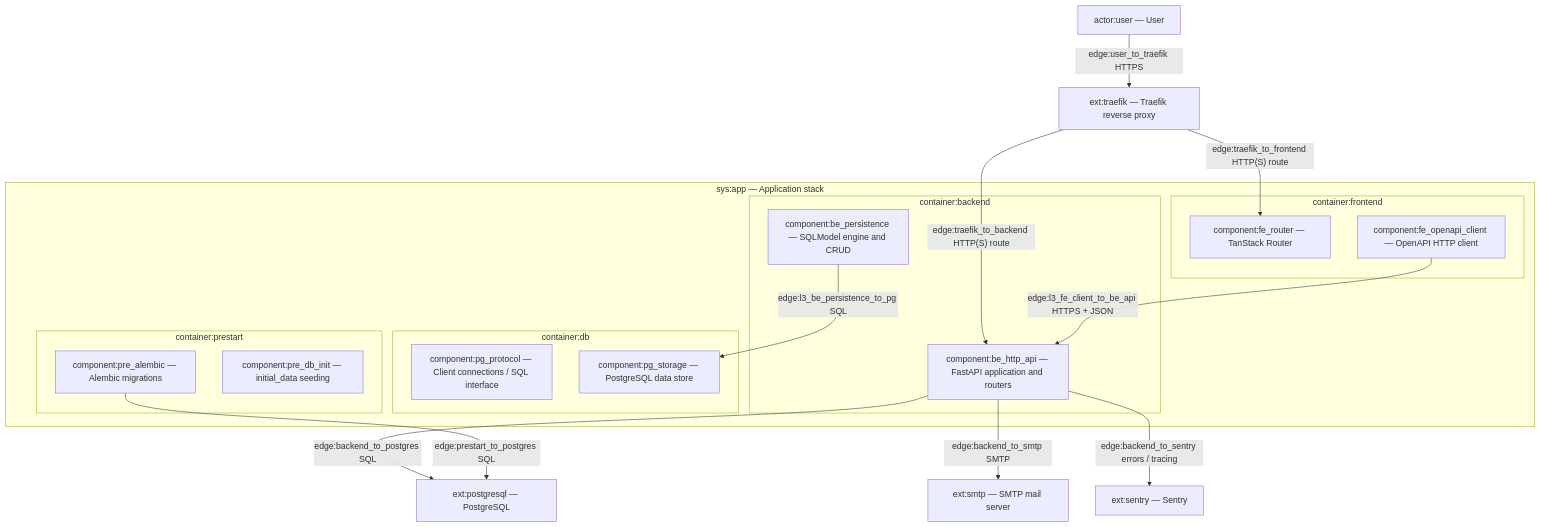
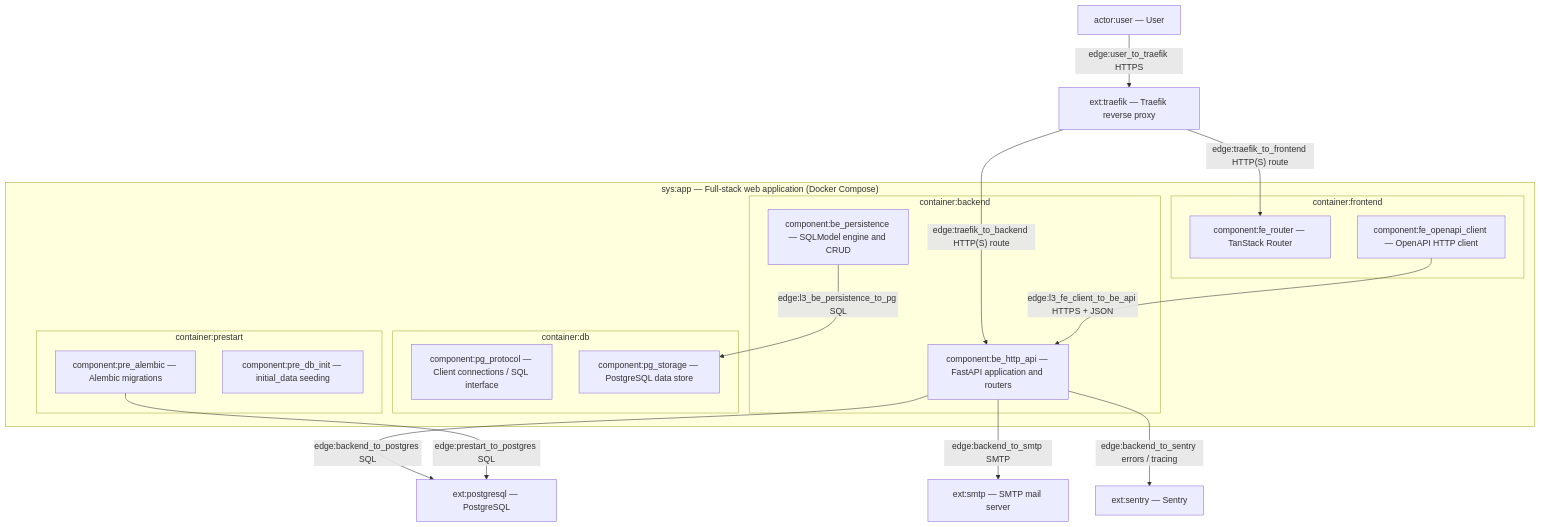
Before and after one commit to Decreen/decreen-arch-diff-demo: the diagram in docs/c4-live.mermaid.md, drawn with Mermaid. The commit also changed 3 other files, not shown here.

Commit message:
docs(c4): Pass 4 — final Mermaid projections and freeze

````diff
--- a/docs/c4-live.mermaid.md
+++ b/docs/c4-live.mermaid.md
@@ -3,49 +3,49 @@
 ```mermaid
 flowchart TD
   actor_user["actor:user — User"]
   ext_tr["ext:traefik — Traefik reverse proxy"]
   ext_pg["ext:postgresql — PostgreSQL"]
   ext_smtp["ext:smtp — SMTP mail server"]
   ext_sentry["ext:sentry — Sentry"]
 
-  subgraph sys_app["sys:app — Application stack"]
+  subgraph sys_app["sys:app — Full-stack web application (Docker Compose)"]
     %% SCOPE: urn:c4:container:frontend
     subgraph c_fe_scope["container:frontend"]
       %% KIND: router
       fe_r["component:fe_router — TanStack Router"]
       %% KIND: integration
       fe_c["component:fe_openapi_client — OpenAPI HTTP client"]
     end
     %% SCOPE: urn:c4:container:backend
     subgraph c_be_scope["container:backend"]
       %% KIND: boundary
       be_api["component:be_http_api — FastAPI application and routers"]
       %% KIND: data_access
       be_da["component:be_persistence — SQLModel engine and CRUD"]
     end
     %% SCOPE: urn:c4:container:db
     subgraph c_db_scope["container:db"]
       %% KIND: boundary
       pg_b["component:pg_protocol — Client connections / SQL interface"]
       %% KIND: storage
       pg_s["component:pg_storage — PostgreSQL data store"]
     end
     %% SCOPE: urn:c4:container:prestart
     subgraph c_pre_scope["container:prestart"]
       %% KIND: pipeline
       pre_al["component:pre_alembic — Alembic migrations"]
       %% KIND: worker
       pre_w["component:pre_db_init — initial_data seeding"]
     end
   end
 
   actor_user -->|"edge:user_to_traefik HTTPS"| ext_tr
   ext_tr -->|"edge:traefik_to_frontend HTTP(S) route"| fe_r
   ext_tr -->|"edge:traefik_to_backend HTTP(S) route"| be_api
   be_api -->|"edge:backend_to_postgres SQL"| ext_pg
   be_api -->|"edge:backend_to_smtp SMTP"| ext_smtp
   be_api -->|"edge:backend_to_sentry errors / tracing"| ext_sentry
   pre_al -->|"edge:prestart_to_postgres SQL"| ext_pg
   fe_c -->|"edge:l3_fe_client_to_be_api HTTPS + JSON"| be_api
   be_da -->|"edge:l3_be_persistence_to_pg SQL"| pg_s
 ```
````
